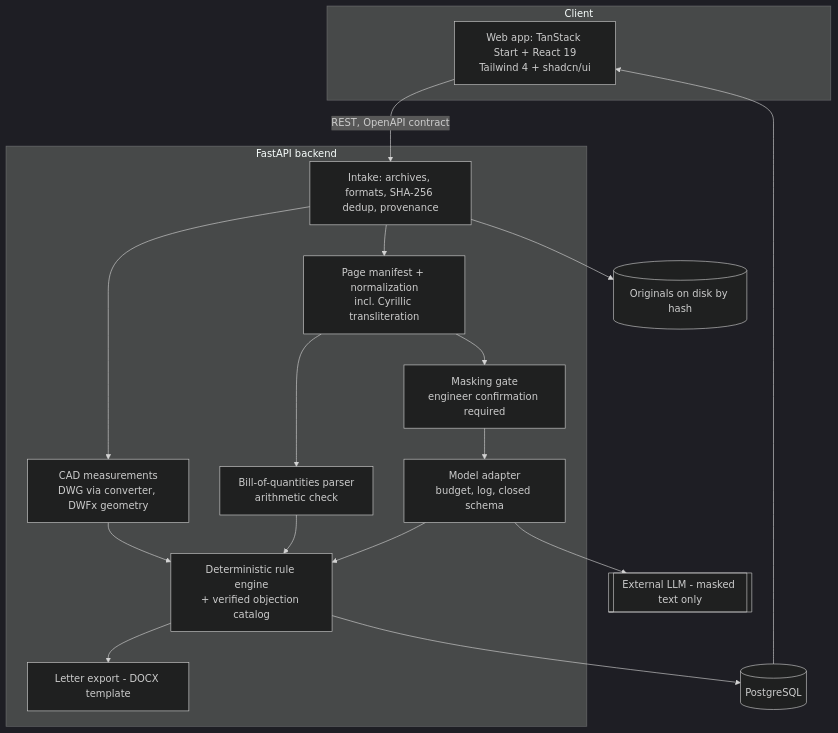
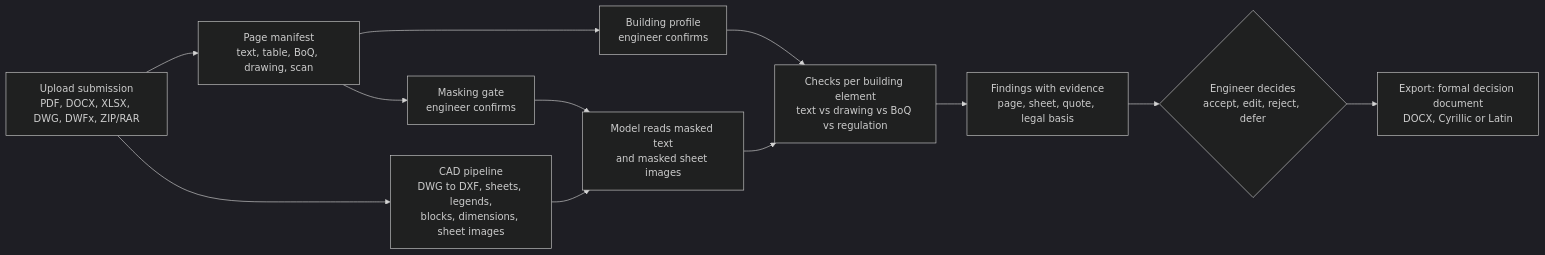
The diagram in README.md (Excapex/projectlens-showcase), drawn with Mermaid (dark theme) before and after one commit. The commit also changed other lines of this file and 18 other files, not shown here.

````diff
--- a/README.md
+++ b/README.md
@@ -43,31 +39,14 @@
 ```mermaid
-flowchart TB
-  subgraph Client
-    FE[Web app: TanStack Start + React 19<br/>Tailwind 4 + shadcn/ui]
-  end
-  subgraph Backend[FastAPI backend]
-    ING[Intake: archives, formats, SHA-256 dedup, provenance]
-    MAN[Page manifest + normalization<br/>incl. Cyrillic transliteration]
-    CAD[CAD measurements<br/>DWG via converter, DWFx geometry]
-    BOQ[Bill-of-quantities parser<br/>arithmetic check]
-    MASK[Masking gate<br/>engineer confirmation required]
-    AI[Model adapter<br/>budget, log, closed schema]
-    RULES[Deterministic rule engine<br/>+ verified objection catalog]
-    EXP[Letter export - DOCX template]
-  end
-  DB[(PostgreSQL)]
-  FS[(Originals on disk by hash)]
-  LLM[[External LLM - masked text only]]
-
-  FE -- REST, OpenAPI contract --> ING
-  ING --> FS
-  ING --> MAN --> MASK --> AI --> LLM
-  MAN --> BOQ
-  ING --> CAD
-  AI --> RULES
-  BOQ --> RULES
-  CAD --> RULES
-  RULES --> DB
-  DB --> FE
-  RULES --> EXP
+flowchart LR
+  A[Upload submission<br/>PDF, DOCX, XLSX, DWG, DWFx, ZIP/RAR] --> B[Page manifest<br/>text, table, BoQ, drawing, scan]
+  B --> C[Building profile<br/>engineer confirms]
+  B --> D[Masking gate<br/>engineer confirms]
+  A --> E[CAD pipeline<br/>DWG to DXF, sheets, legends,<br/>blocks, dimensions, sheet images]
+  D --> F[Model reads masked text<br/>and masked sheet images]
+  E --> F
+  C --> G[Checks per building element<br/>text vs drawing vs BoQ vs regulation]
+  F --> G
+  G --> H[Findings with evidence<br/>page, sheet, quote, legal basis]
+  H --> I{Engineer decides<br/>accept, edit, reject, defer}
+  I --> J[Export: formal decision document<br/>DOCX, Cyrillic or Latin]
 ```
````
